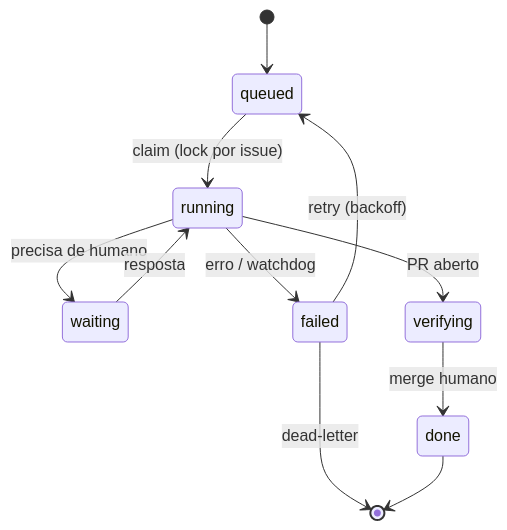
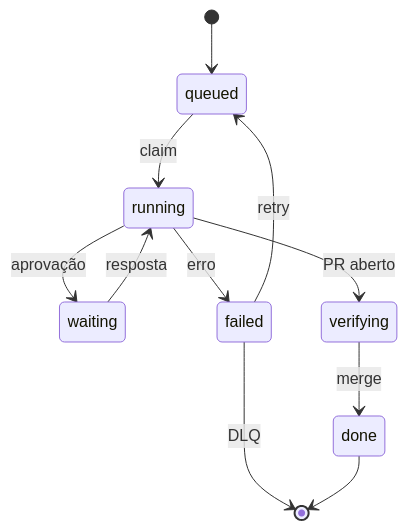
One commit to CenturyBoys/roboto changed the first of 2 diagrams in docs/trilha-b-orquestracao.md. Above: the diagram before and after it, drawn with Mermaid. The commit also changed other lines of this file and 4 other files, not shown here.

First line of the commit message:
docs: padrão de diagramas (labels curtas) + conserta máquina de estados ilegível (#171)

````diff
--- a/docs/trilha-b-orquestracao.md
+++ b/docs/trilha-b-orquestracao.md
@@ -23,13 +23,13 @@
 ```mermaid
 stateDiagram-v2
   [*] --> queued
-  queued --> running: claim (lock por issue)
-  running --> waiting: precisa de humano
+  queued --> running: claim
+  running --> waiting: aprovação
   waiting --> running: resposta
   running --> verifying: PR aberto
-  running --> failed: erro / watchdog
-  verifying --> done: merge humano
-  failed --> queued: retry (backoff)
-  failed --> [*]: dead-letter
+  running --> failed: erro
+  verifying --> done: merge
+  failed --> queued: retry
+  failed --> [*]: DLQ
   done --> [*]
 ```
````
